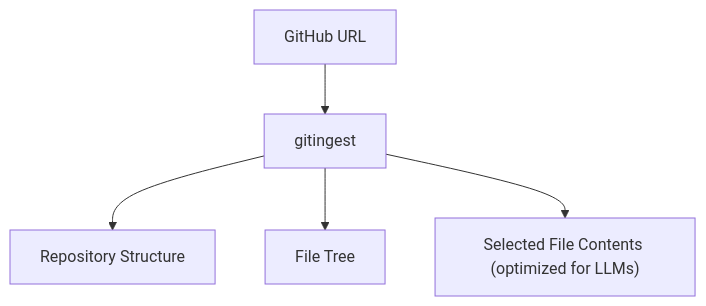
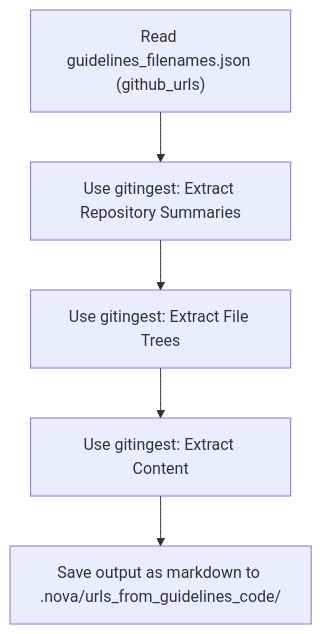
The fifth of 8 diagrams in lessons/17_data_ingestion/article.md (shoaibkhanz/agentic-ai-engineering-course), drawn with Mermaid before and after one commit. The commit also changed other lines of this file and 8 other files, not shown here.

````diff
--- a/lessons/17_data_ingestion/article.md
+++ b/lessons/17_data_ingestion/article.md
@@ -183,7 +484,7 @@
 ```mermaid
 graph TD
-    A["GitHub URL"] --> B["gitingest"]
-    B --> C["Repository Structure"]
-    B --> D["File Tree"]
-    B --> E["Selected File Contents (optimized for LLMs)"]
+    A["Read guidelines_filenames.json (github_urls)"] --> B["Use gitingest: Extract Repository Summaries"]
+    B --> C["Use gitingest: Extract File Trees"]
+    C --> D["Use gitingest: Extract Content"]
+    D --> E["Save output as markdown to .nova/urls_from_guidelines_code/"]
 ```
````
